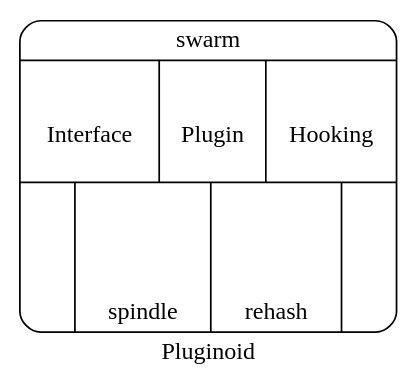
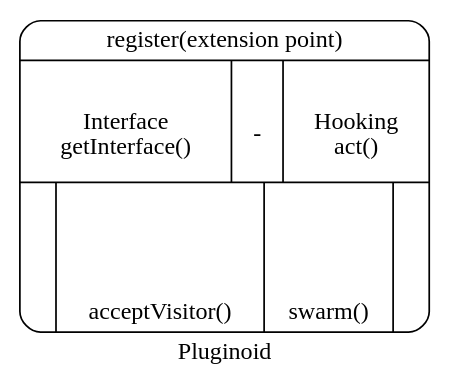
Before and after one commit to kamanashisroy/shotodol: the diagram in libs/plugin/pluginoid.dot, drawn with Graphviz. The commit also changed 4 other files, not shown here.

```diff
--- a/libs/plugin/pluginoid.dot
+++ b/libs/plugin/pluginoid.dot
@@ -1,6 +1,6 @@
 digraph pluginoid {
 	label="Pluginoid"
 	rankdir=LR;
 	node[shape=Mrecord];
-	pluginoid [label="swarm\n| {\nInterface|\n\nPlugin\n\n|\nHooking}|{|\n\n\n\nspindle|\n\n\n\nrehash|}"];
+	pluginoid [label="register(extension point)\n| {\nInterface\ngetInterface()|\n\n-\n\n|\nHooking\nact()}|{|\n\n\n\nacceptVisitor()|\n\n\n\nswarm()|}"];
 }
```
